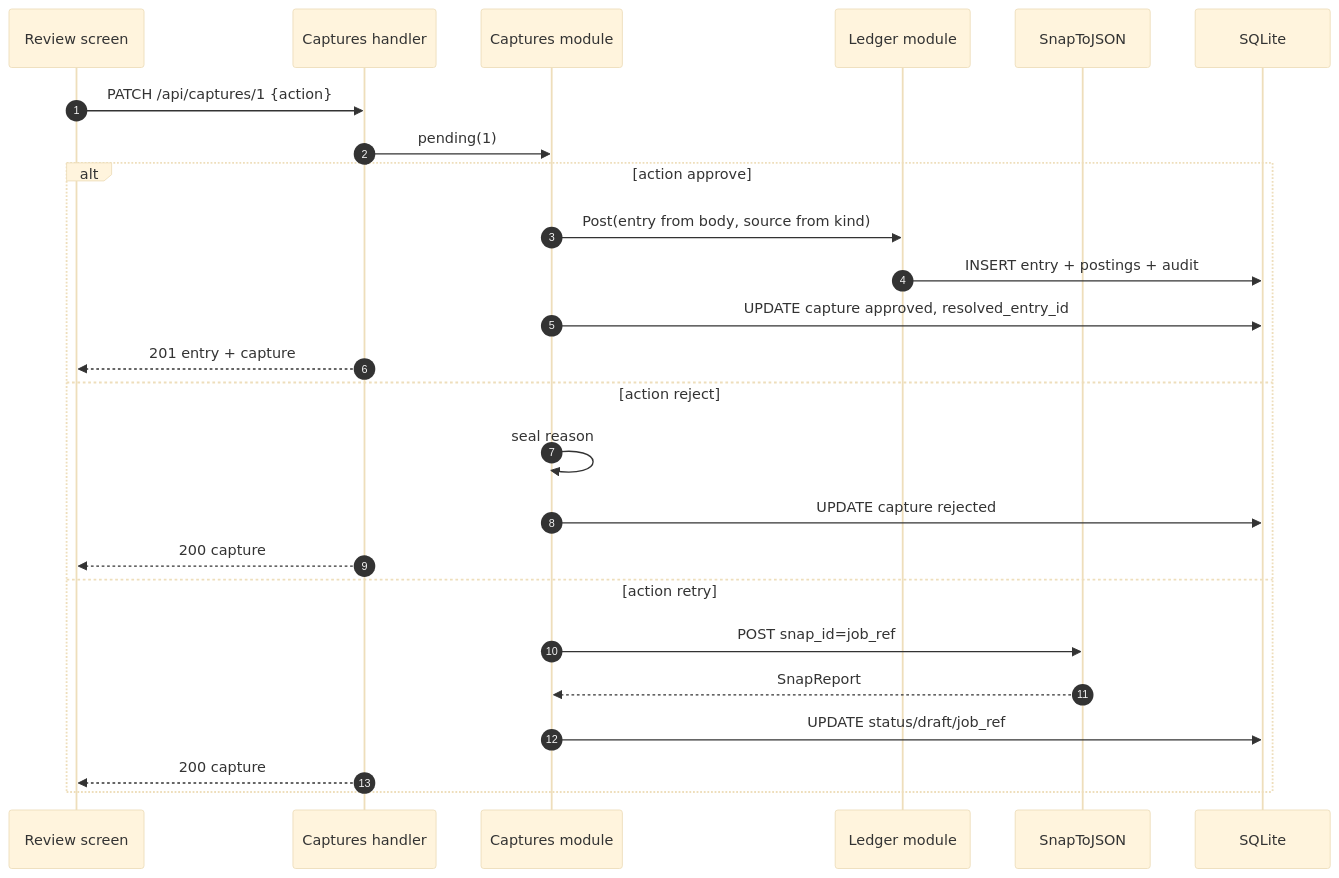
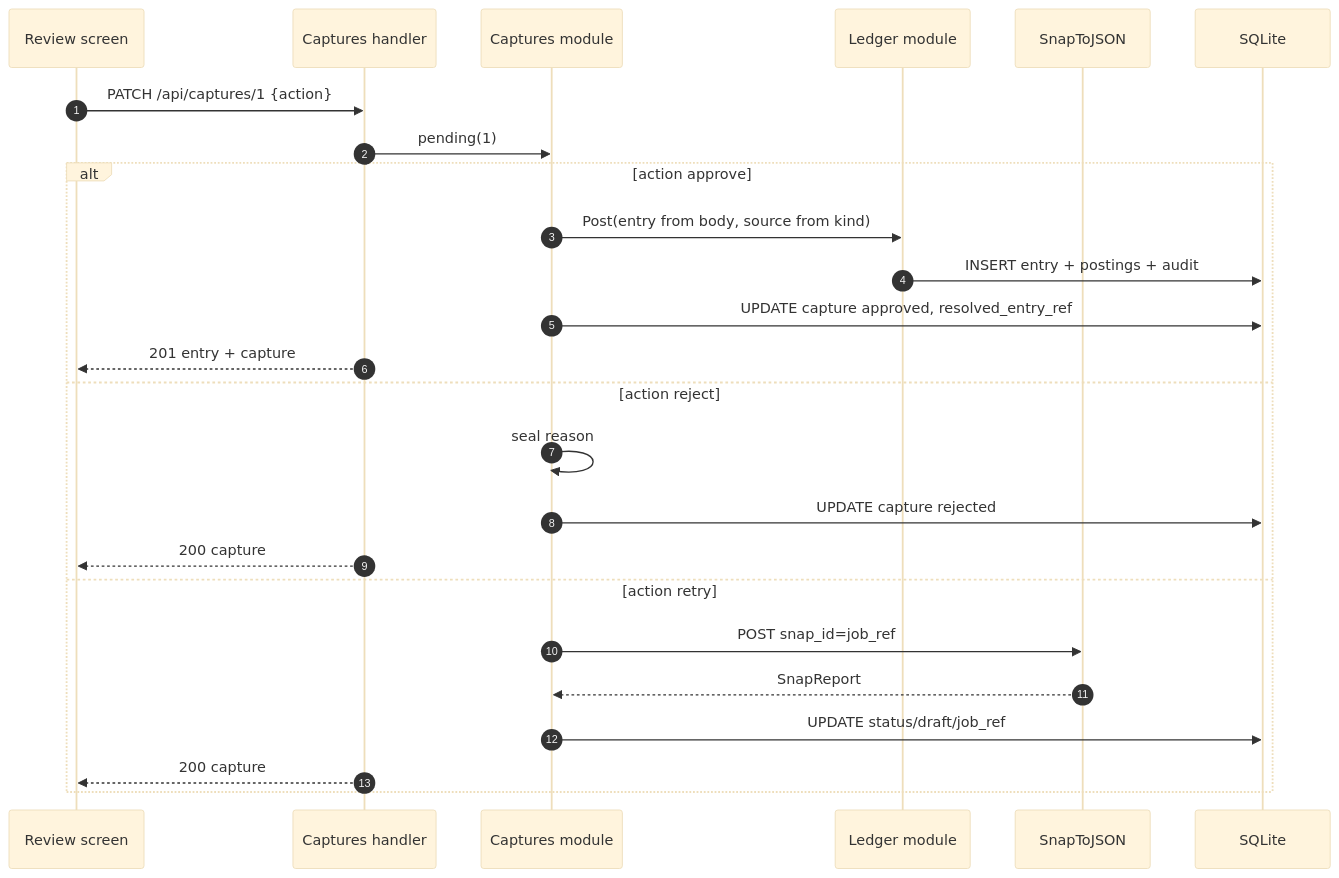
Diagram 13 of 13 in docs/endpoints.md (dimasbaguspm/spenicle), drawn with Mermaid (base theme) before and after one commit. The commit also changed other lines of this file and 45 other files, not shown here.

Commit message:
feat!: key every row by a uuid ref and squash the schema to v1

````diff
--- a/docs/endpoints.md
+++ b/docs/endpoints.md
@@ -652,27 +652,27 @@
 ```mermaid
 sequenceDiagram
     autonumber
     participant UI as Review screen
     participant H as Captures handler
     participant Q as Captures module
     participant L as Ledger module
     participant V as SnapToJSON
     participant DB as SQLite
     UI->>H: PATCH /api/captures/1 {action}
     H->>Q: pending(1)
     alt action approve
         Q->>L: Post(entry from body, source from kind)
         L->>DB: INSERT entry + postings + audit
-        Q->>DB: UPDATE capture approved, resolved_entry_id
+        Q->>DB: UPDATE capture approved, resolved_entry_ref
         H-->>UI: 201 entry + capture
     else action reject
         Q->>Q: seal reason
         Q->>DB: UPDATE capture rejected
         H-->>UI: 200 capture
     else action retry
         Q->>V: POST snap_id=job_ref
         V-->>Q: SnapReport
         Q->>DB: UPDATE status/draft/job_ref
         H-->>UI: 200 capture
     end
 ```
````
